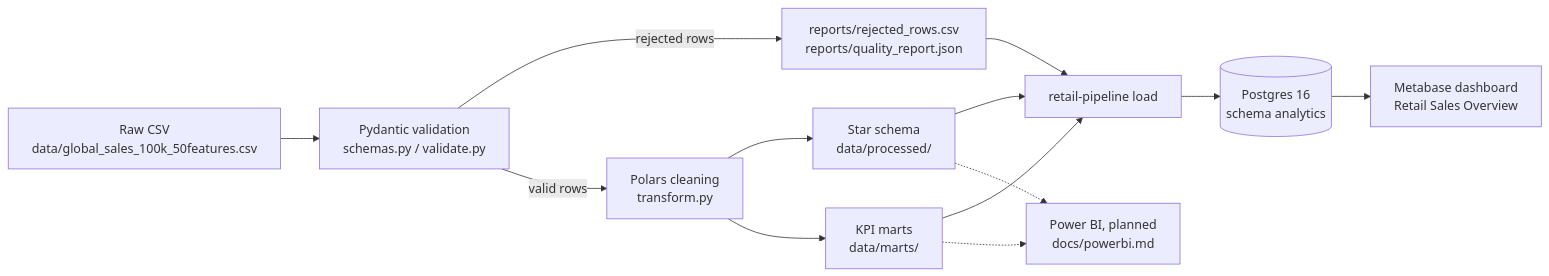
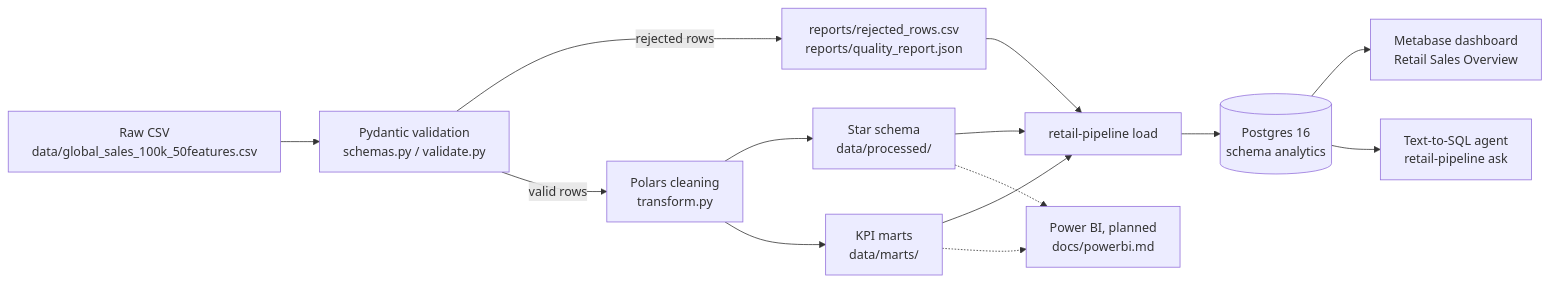
The diagram in README.md (Lamine2004Sow/sales-analytics-pipeline), drawn with Mermaid before and after one commit. The commit also changed other lines of this file and 14 other files, not shown here.

First line of the commit message:
Text-to-SQL assistant: guarded DeepSeek agent and execution-accuracy bench

````diff
--- a/README.md
+++ b/README.md
@@ -22,15 +24,16 @@
 ```mermaid
 flowchart LR
     A[Raw CSV<br/>data/global_sales_100k_50features.csv] --> B[Pydantic validation<br/>schemas.py / validate.py]
     B -->|rejected rows| R[reports/rejected_rows.csv<br/>reports/quality_report.json]
     B -->|valid rows| C[Polars cleaning<br/>transform.py]
     C --> D[Star schema<br/>data/processed/]
     C --> E[KPI marts<br/>data/marts/]
     D --> L[retail-pipeline load]
     E --> L
     R --> L
     L --> W[(Postgres 16<br/>schema analytics)]
     W --> M[Metabase dashboard<br/>Retail Sales Overview]
+    W --> Q[Text-to-SQL agent<br/>retail-pipeline ask]
     D -.-> P[Power BI, planned<br/>docs/powerbi.md]
     E -.-> P
 ```
````
